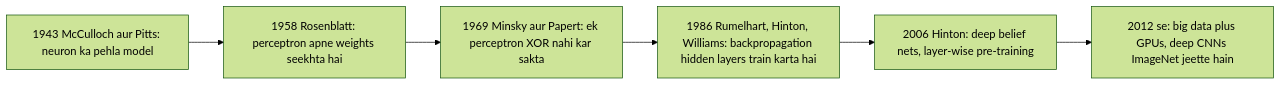
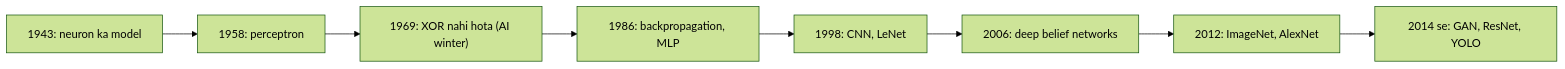
Before and after one commit to TrendySloth1001/sem-seven-notes: the first of 5 diagrams in content/deep-learning/notes/perceptron-mlp.hi.mdx, drawn with Mermaid (forest theme). The commit also changed other lines of this file and 168 other files, not shown here.

Commit message:
Rewrite the Module 1, activation, loss and GAN notes and their 25 answers from the teachers' class files. They keep the teacher's definitions, use 80 of their figures with class-notes citations only, and fix the slide errors in the XOR, NAND, loss and KL formulas.

````diff
--- a/content/deep-learning/notes/perceptron-mlp.hi.mdx
+++ b/content/deep-learning/notes/perceptron-mlp.hi.mdx
@@ -63,9 +31,11 @@
 ```mermaid
-%% caption: Neural-network research ki teen waves. Har wave ne pichhli wave ki ek weakness fix ki.
+%% caption: Teacher ki timeline short mein. 1969 mein XOR ki failure se neural networks ruk gaye, phir 1986 mein backpropagation aaya.
 flowchart LR
-  A["1943 McCulloch aur Pitts: neuron ka pehla model"] --> B["1958 Rosenblatt: perceptron apne weights seekhta hai"]
-  B --> C["1969 Minsky aur Papert: ek perceptron XOR nahi kar sakta"]
-  C --> D["1986 Rumelhart, Hinton, Williams: backpropagation hidden layers train karta hai"]
-  D --> E["2006 Hinton: deep belief nets, layer-wise pre-training"]
-  E --> F["2012 se: big data plus GPUs, deep CNNs ImageNet jeette hain"]
+  A["1943: neuron ka model"] --> B["1958: perceptron"]
+  B --> C["1969: XOR nahi hota (AI winter)"]
+  C --> D["1986: backpropagation, MLP"]
+  D --> E["1998: CNN, LeNet"]
+  E --> F["2006: deep belief networks"]
+  F --> G["2012: ImageNet, AlexNet"]
+  G --> H["2014 se: GAN, ResNet, YOLO"]
 ```
````
